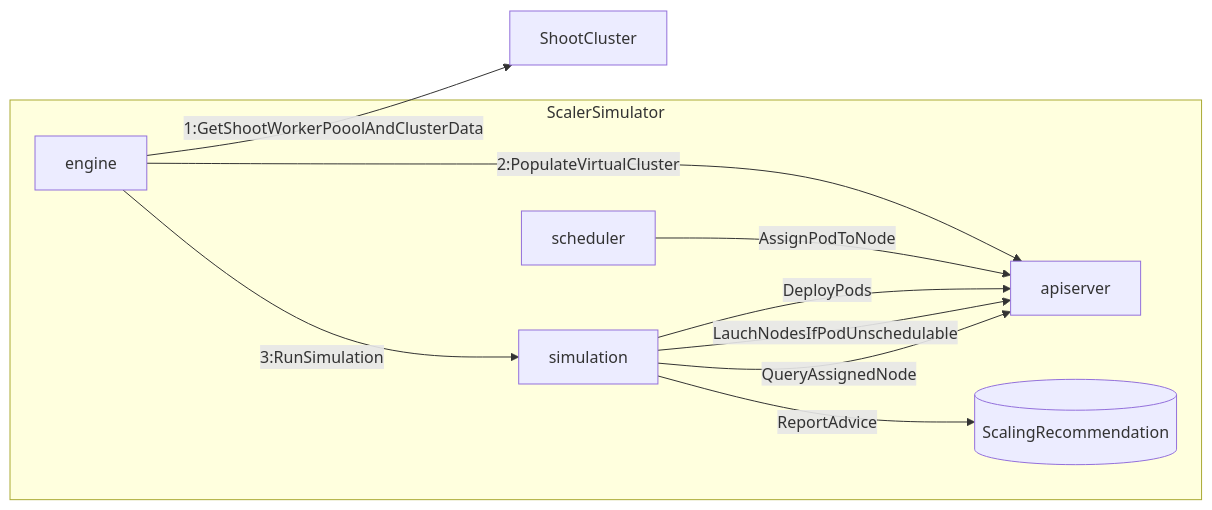
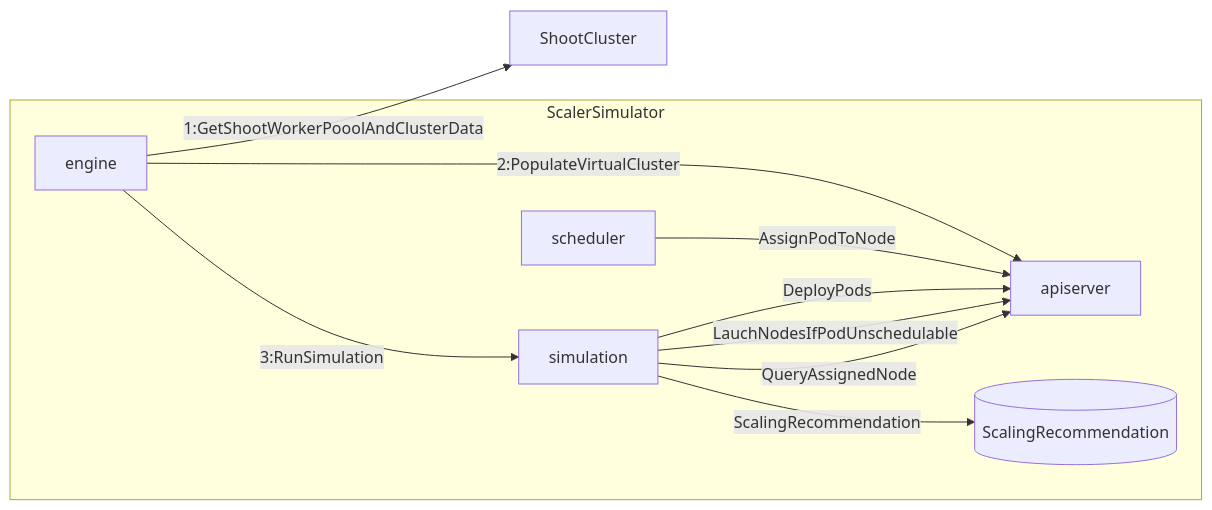
The first of 5 diagrams in README.md (elankath/machine-scaler-simulator), drawn with Mermaid before and after one commit. The commit also changed other lines of this file, not shown here.

````diff
--- a/README.md
+++ b/README.md
@@ -67,14 +67,14 @@
 ```mermaid
 graph LR
     engine--1:GetShootWorkerPooolAndClusterData-->ShootCluster
     subgraph ScalerSimulator
        engine--2:PopulateVirtualCluster-->apiserver
        engine--3:RunSimulation-->simulation
        simulation--DeployPods-->apiserver
        simulation--LauchNodesIfPodUnschedulable-->apiserver
        simulation--QueryAssignedNode-->apiserver
        scheduler--AssignPodToNode-->apiserver
-       simulation--ReportAdvice-->advice
+       simulation--ScalingRecommendation-->advice
     end
     advice[(ScalingRecommendation)]
 ```
````
